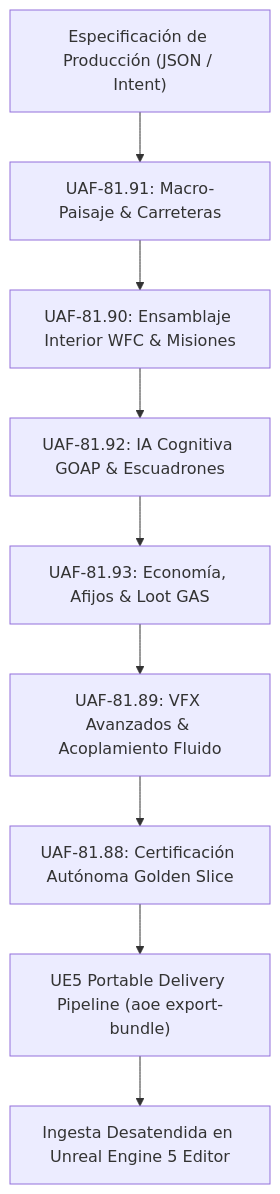
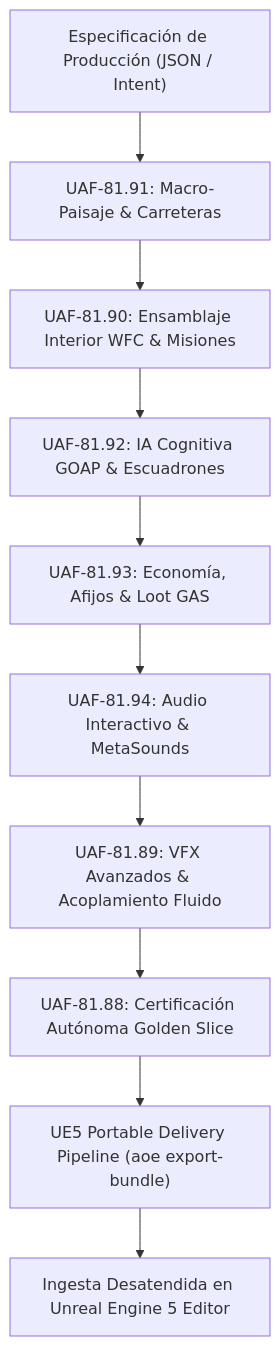
One commit to k3v-5/AssetOrchestrationEngine changed the diagram in docs/UAF-NEXTGEN-ARCHITECTURE-GUIDE.md. Above: the diagram before and after it, drawn with Mermaid. The commit also changed other lines of this file and 15 other files, not shown here.

Commit message:
feat(audio): implement UAF-81.94 Procedural Interactive Audio, Spatial Acoustics & MetaSounds

````diff
--- a/docs/UAF-NEXTGEN-ARCHITECTURE-GUIDE.md
+++ b/docs/UAF-NEXTGEN-ARCHITECTURE-GUIDE.md
@@ -13,11 +13,12 @@
 ```mermaid
 graph TD
     A["Especificación de Producción (JSON / Intent)"] --> B["UAF-81.91: Macro-Paisaje & Carreteras"]
     B --> C["UAF-81.90: Ensamblaje Interior WFC & Misiones"]
     C --> D["UAF-81.92: IA Cognitiva GOAP & Escuadrones"]
     D --> E["UAF-81.93: Economía, Afijos & Loot GAS"]
-    E --> F["UAF-81.89: VFX Avanzados & Acoplamiento Fluido"]
-    F --> G["UAF-81.88: Certificación Autónoma Golden Slice"]
-    G --> H["UE5 Portable Delivery Pipeline (aoe export-bundle)"]
-    H --> I["Ingesta Desatendida en Unreal Engine 5 Editor"]
+    E --> F["UAF-81.94: Audio Interactivo & MetaSounds"]
+    F --> G["UAF-81.89: VFX Avanzados & Acoplamiento Fluido"]
+    G --> H["UAF-81.88: Certificación Autónoma Golden Slice"]
+    H --> I["UE5 Portable Delivery Pipeline (aoe export-bundle)"]
+    I --> J["Ingesta Desatendida en Unreal Engine 5 Editor"]
 ```
````
